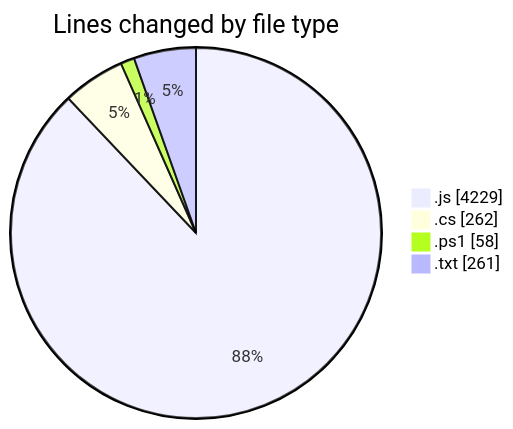
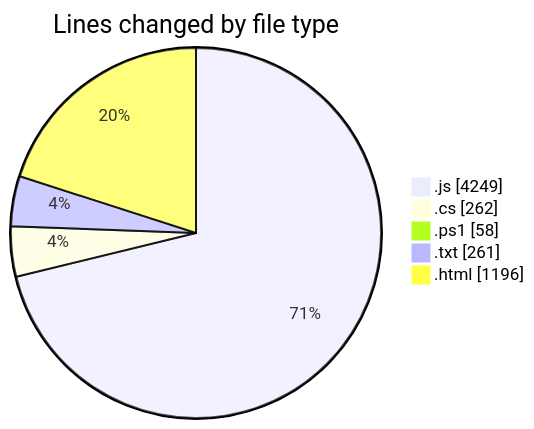
Before and after one commit to becaeroporto-bot/code-tracking: the first of 2 diagrams in 2026-02-17/bot_v1_2/README.md, drawn with Mermaid. The commit also changed other lines of this file and 1 other file, not shown here.

````diff
--- a/2026-02-17/bot_v1_2/README.md
+++ b/2026-02-17/bot_v1_2/README.md
@@ -29,8 +33,9 @@
 ```mermaid
 pie showData
 title Lines changed by file type
-".js" : 4229
+".js" : 4249
 ".cs" : 262
 ".ps1" : 58
 ".txt" : 261
+".html" : 1196
 ```
````
